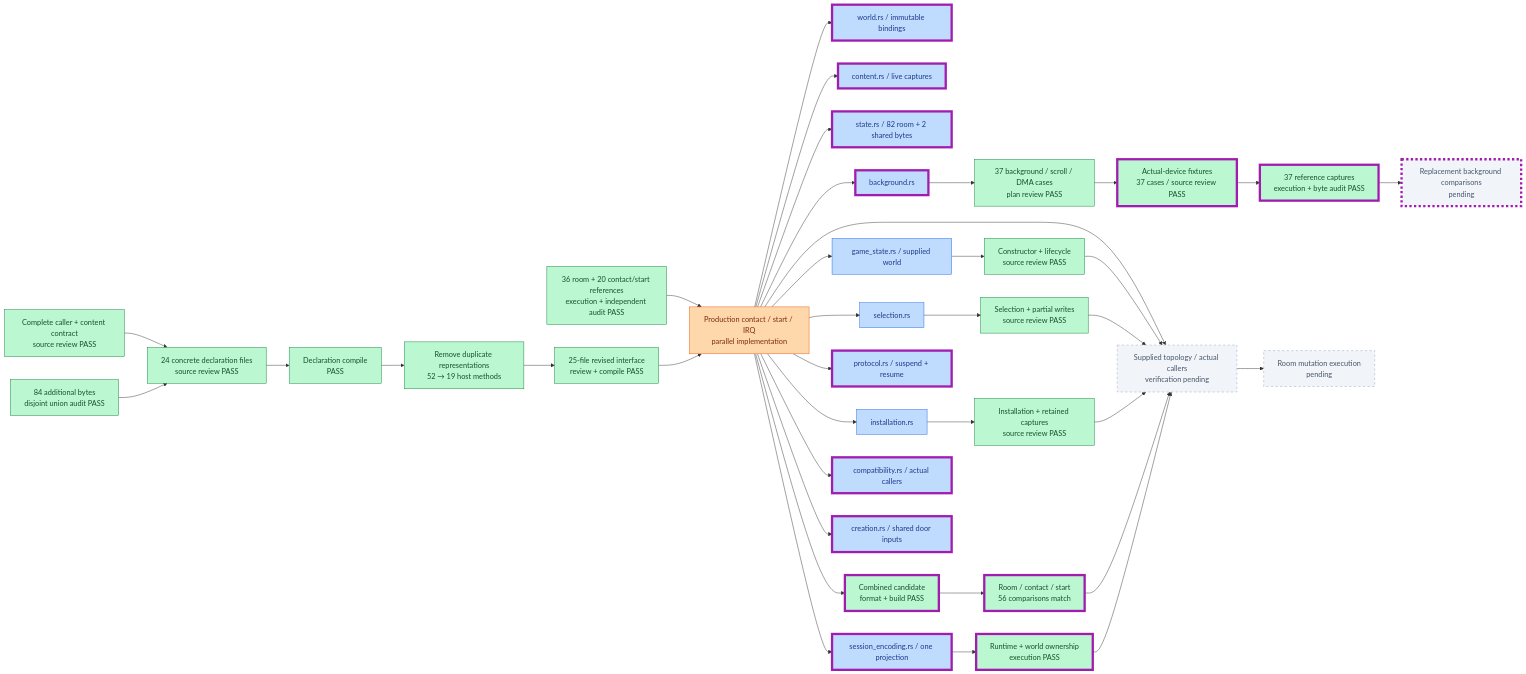
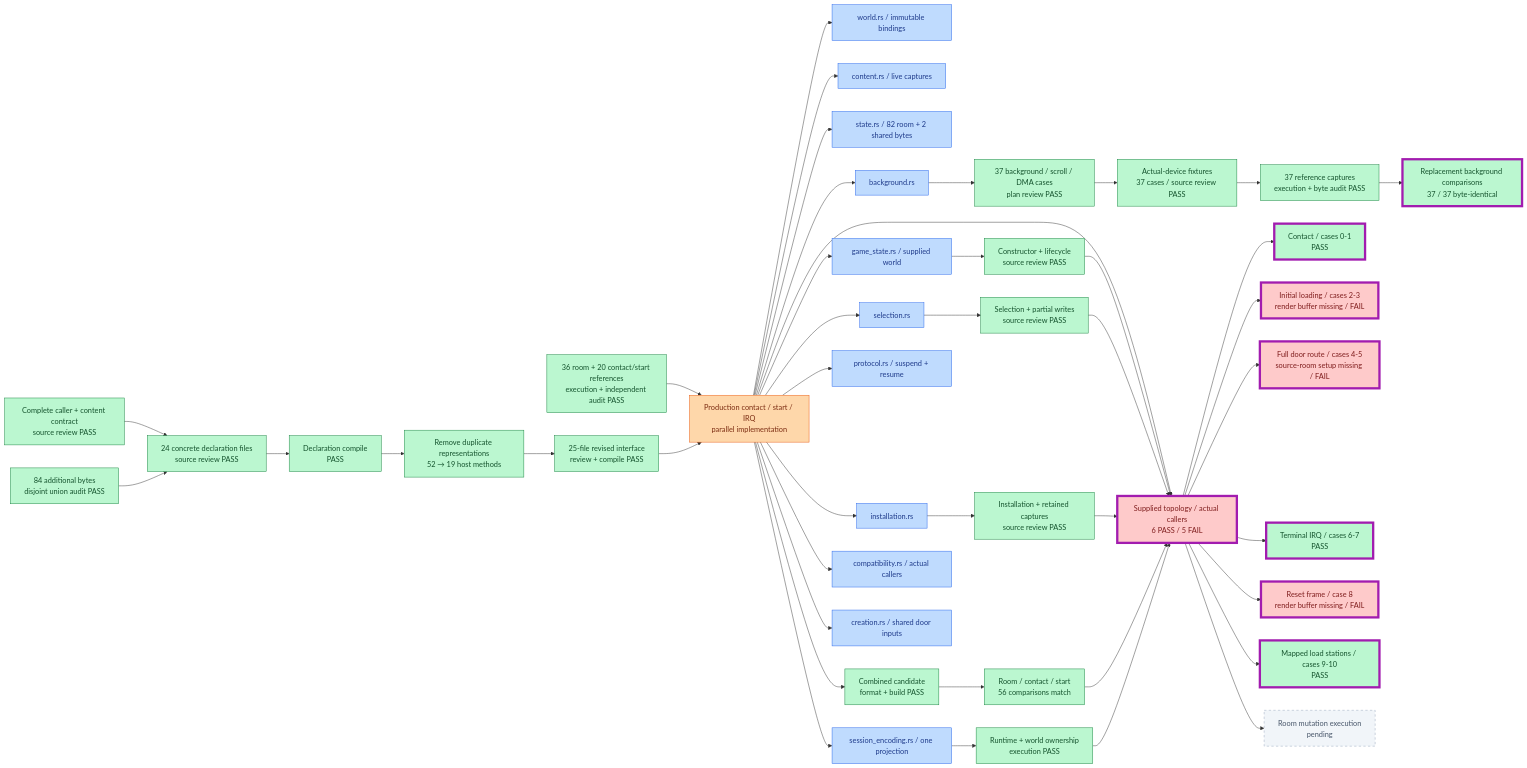
The second of 20 diagrams in PROGRESS.md (JimLundin/sm-decomp), drawn with Mermaid before and after one commit. The commit also changed 1 other file, not shown here.

Commit message:
Show passing background comparisons and failing world fixtures; progress checks pass [skip ci]

````diff
--- a/PROGRESS.md
+++ b/PROGRESS.md
@@ -26,42 +26,49 @@
 ```mermaid
 flowchart LR
     RC["Complete caller + content contract<br/>source review PASS"]:::done --> RD["24 concrete declaration files<br/>source review PASS"]:::done
     RU["84 additional bytes<br/>disjoint union audit PASS"]:::done --> RD
     RR["36 room + 20 contact/start references<br/>execution + independent audit PASS"]:::done --> RI["Production contact / start / IRQ<br/>parallel implementation"]:::active
     RD --> RB["Declaration compile<br/>PASS"]:::done --> RS["Remove duplicate representations<br/>52 → 19 host methods"]:::done
     RS --> RV["25-file revised interface<br/>review + compile PASS"]:::done --> RI
     RI --> RW["world.rs / immutable bindings"]:::draft
     RI --> RCONTENT["content.rs / live captures"]:::draft
     RI --> RSTATE["state.rs / 82 room + 2 shared bytes"]:::draft
     RI --> RCODEC["session_encoding.rs / one projection"]:::draft
     RI --> ROWNER["game_state.rs / supplied world"]:::draft
     RI --> RSELECT["selection.rs"]:::draft
     RI --> RINSTALL["installation.rs"]:::draft
     ROWNER --> ROWNERCHECK["Constructor + lifecycle<br/>source review PASS"]:::done
     RSELECT --> RSELECTCHECK["Selection + partial writes<br/>source review PASS"]:::done
     RINSTALL --> RINSTALLCHECK["Installation + retained captures<br/>source review PASS"]:::done
     RI --> RPROTO["protocol.rs / suspend + resume"]:::draft
     RI --> RBG["background.rs"]:::draft
     RI --> RCOMPAT["compatibility.rs / actual callers"]:::draft
     RI --> RPLM["creation.rs / shared door inputs"]:::draft
-    RI --> RT["Supplied topology / actual callers<br/>verification pending"]:::pending
+    RI --> RT["Supplied topology / actual callers<br/>6 PASS / 5 FAIL"]:::failed
     ROWNERCHECK --> RT
     RSELECTCHECK --> RT
     RINSTALLCHECK --> RT
     RBG --> RBPLAN["37 background / scroll / DMA cases<br/>plan review PASS"]:::done
     RBPLAN --> RBFIX["Actual-device fixtures<br/>37 cases / source review PASS"]:::done
     RBFIX --> RBCAP["37 reference captures<br/>execution + byte audit PASS"]:::done
     RI --> RBUILD["Combined candidate<br/>format + build PASS"]:::done
     RBUILD --> RCOMPARE["Room / contact / start<br/>56 comparisons match"]:::done
     RCODEC --> RGUARD["Runtime + world ownership<br/>execution PASS"]:::done
-    RBCAP --> RBVERIFY["Replacement background comparisons<br/>pending"]:::pending
+    RBCAP --> RBVERIFY["Replacement background comparisons<br/>37 / 37 byte-identical"]:::done
     RCOMPARE --> RT
     RGUARD --> RT
+    RT --> WCONTACT["Contact / cases 0-1<br/>PASS"]:::done
+    RT --> WSTART["Initial loading / cases 2-3<br/>render buffer missing / FAIL"]:::failed
+    RT --> WDOOR["Full door route / cases 4-5<br/>source-room setup missing / FAIL"]:::failed
+    RT --> WIRQ["Terminal IRQ / cases 6-7<br/>PASS"]:::done
+    RT --> WRESET["Reset frame / case 8<br/>render buffer missing / FAIL"]:::failed
+    RT --> WSTATION["Mapped load stations / cases 9-10<br/>PASS"]:::done
     RT --> RMUT["Room mutation execution<br/>pending"]:::pending
-    class RW,RCONTENT,RSTATE,RCODEC,RPROTO,RBG,RCOMPAT,RPLM,RBFIX,RBCAP,RBUILD,RCOMPARE,RGUARD,RBVERIFY changed
+    class RT,RBVERIFY,WCONTACT,WSTART,WDOOR,WIRQ,WRESET,WSTATION changed
     classDef done fill:#bbf7d0,stroke:#15803d,color:#14532d
     classDef draft fill:#bfdbfe,stroke:#2563eb,color:#1e3a8a
+    classDef failed fill:#fecaca,stroke:#dc2626,color:#7f1d1d
     classDef active fill:#fed7aa,stroke:#ea580c,color:#7c2d12
     classDef pending fill:#f1f5f9,stroke:#94a3b8,color:#475569,stroke-dasharray:5 5
     classDef changed stroke:#a21caf,stroke-width:5px
 ```
````
